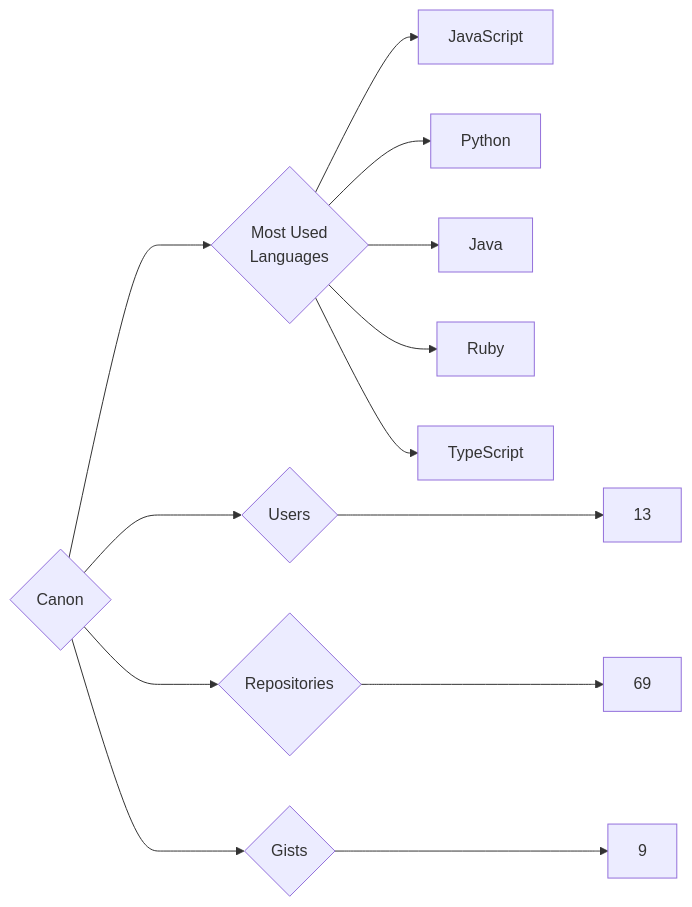
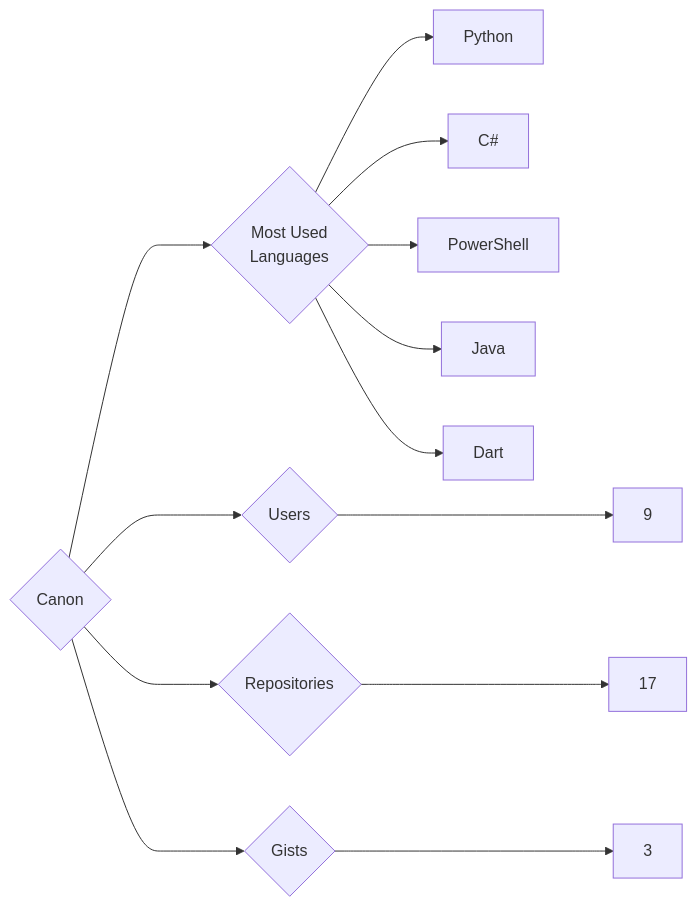
One commit to trickest/insiders changed the diagram in targets/Canon/README.md. Above: the diagram before and after it, drawn with Mermaid. The commit also changed 872 other files, not shown here.

````diff
--- a/targets/Canon/README.md
+++ b/targets/Canon/README.md
@@ -3,13 +3,13 @@
 ```mermaid
 graph LR
 COMPANY_NAME{Canon}
-COMPANY_NAME ---> U{Users} ---> UN[13]
-COMPANY_NAME ---> R{Repositories} ---> RN[69]
-COMPANY_NAME ---> G{Gists} ---> GN[9]
+COMPANY_NAME ---> U{Users} ---> UN[9]
+COMPANY_NAME ---> R{Repositories} ---> RN[17]
+COMPANY_NAME ---> G{Gists} ---> GN[3]
 COMPANY_NAME ---> ML{Most Used<br>Languages}
-ML --> JavaScript[JavaScript]
 ML --> Python[Python]
+ML --> C#[C#]
+ML --> PowerShell[PowerShell]
 ML --> Java[Java]
-ML --> Ruby[Ruby]
-ML --> TypeScript[TypeScript]
+ML --> Dart[Dart]
 ```
````
